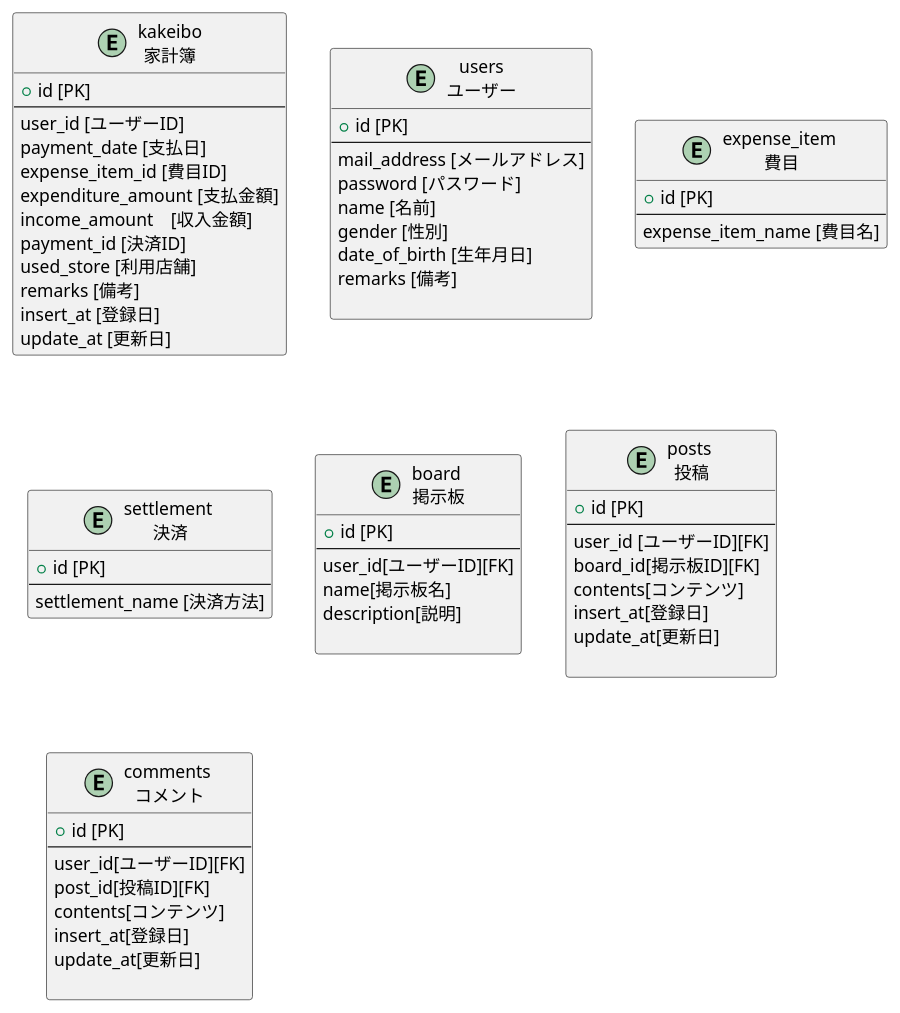
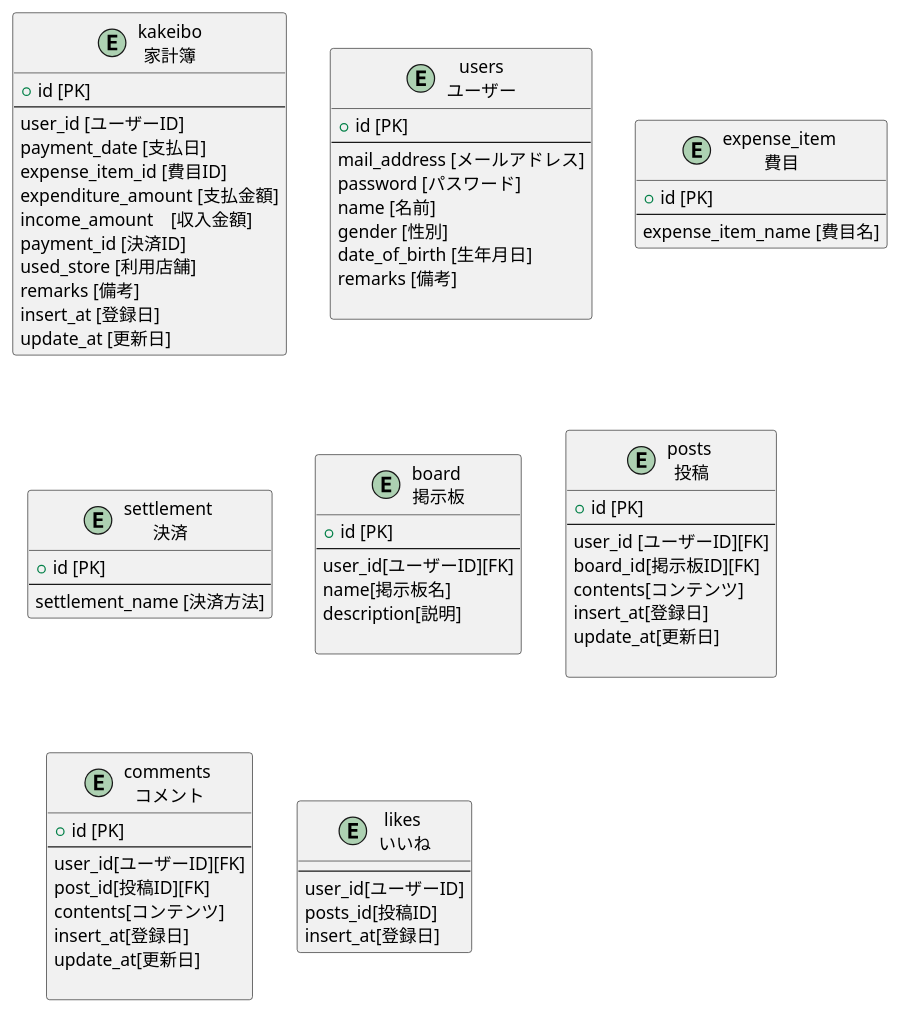
Before and after one commit to shinnamie/sns-kakeibo: the diagram in documents/uml/ER図/tables.pu, drawn with PlantUML. The commit also changed 8 other files, not shown here.

```diff
--- a/documents/uml/ER図/tables.pu
+++ b/documents/uml/ER図/tables.pu
@@ -1,66 +1,73 @@
 @startuml tables
 entity kakeibo as "kakeibo\n家計簿" {
   + id [PK]
   --
   user_id [ユーザーID]
   payment_date [支払日]
   expense_item_id [費目ID]
   expenditure_amount [支払金額]
   income_amount　[収入金額]
   payment_id [決済ID]
   used_store [利用店舗]
   remarks [備考]
   insert_at [登録日]
   update_at [更新日]
 }
 entity users as "users\nユーザー" {
   + id [PK]
   --
   mail_address [メールアドレス]
   password [パスワード]
   name [名前]
   gender [性別]
   date_of_birth [生年月日]
   remarks [備考]
-  
+
 }
 
 entity expense_item  as "expense_item \n費目" {
   + id [PK]
   --
   expense_item_name [費目名]
 }
 entity settlement  as "settlement \n決済" {
   + id [PK]
   --
   settlement_name [決済方法]
 }
 entity board as  "board \n掲示板"{
   + id [PK]
   --
   user_id[ユーザーID][FK]
   name[掲示板名]
   description[説明]
 
 }
 entity posts as  "posts \n投稿"{
   + id [PK]
   --
   user_id [ユーザーID][FK]
   board_id[掲示板ID][FK]
   contents[コンテンツ]
   insert_at[登録日]
   update_at[更新日]
 
 }
 entity comments as  "comments \nコメント"{
   + id [PK]
   --
   user_id[ユーザーID][FK]
   post_id[投稿ID][FK]
   contents[コンテンツ]
   insert_at[登録日]
   update_at[更新日]
 
 }
+
+entity likes as  "likes \nいいね"{
+  --
+  user_id[ユーザーID]
+  posts_id[投稿ID]
+  insert_at[登録日]
+}
 @enduml
```
